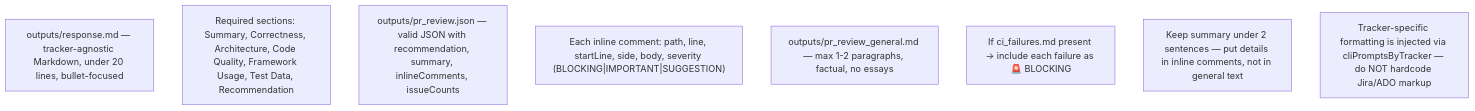
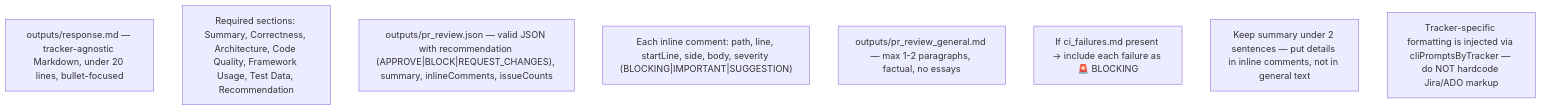
Before and after one commit to IstiN/dmtools-agents: the diagram in instructions/pr_test_automation_review/formatting_rules.md, drawn with Mermaid. The commit also changed 1 other file, not shown here.

Commit message:
docs(agents): clarify test automation review recommendation values and add APPROVE example
- formatting_rules.md: state recommendation must be APPROVE, BLOCK, or REQUEST_CHANGES.
- few_shots.md: add APPROVE example so the reviewer does not emit PASS/FAIL as recommendation.

````diff
--- a/instructions/pr_test_automation_review/formatting_rules.md
+++ b/instructions/pr_test_automation_review/formatting_rules.md
@@ -1,11 +1,11 @@
 ```mermaid
 flowchart TD
     F1["outputs/response.md — tracker-agnostic Markdown, under 20 lines, bullet-focused"]
     F2["Required sections: Summary, Correctness, Architecture, Code Quality, Framework Usage, Test Data, Recommendation"]
-    F3["outputs/pr_review.json — valid JSON with recommendation, summary, inlineComments, issueCounts"]
+    F3["outputs/pr_review.json — valid JSON with recommendation (APPROVE|BLOCK|REQUEST_CHANGES), summary, inlineComments, issueCounts"]
     F4["Each inline comment: path, line, startLine, side, body, severity (BLOCKING|IMPORTANT|SUGGESTION)"]
     F5["outputs/pr_review_general.md — max 1-2 paragraphs, factual, no essays"]
     F6["If ci_failures.md present → include each failure as 🚨 BLOCKING"]
     F7["Keep summary under 2 sentences — put details in inline comments, not in general text"]
     F8["Tracker-specific formatting is injected via cliPromptsByTracker — do NOT hardcode Jira/ADO markup"]
 ```
````
